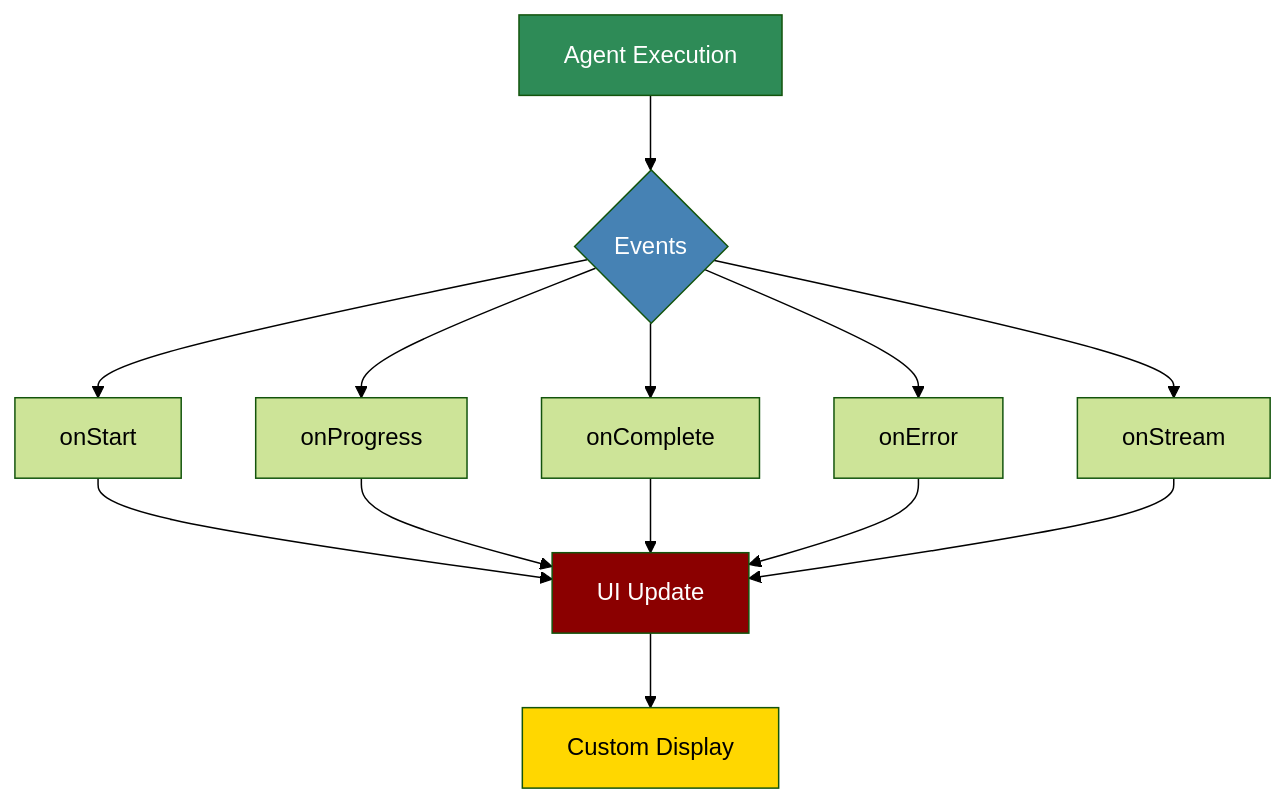
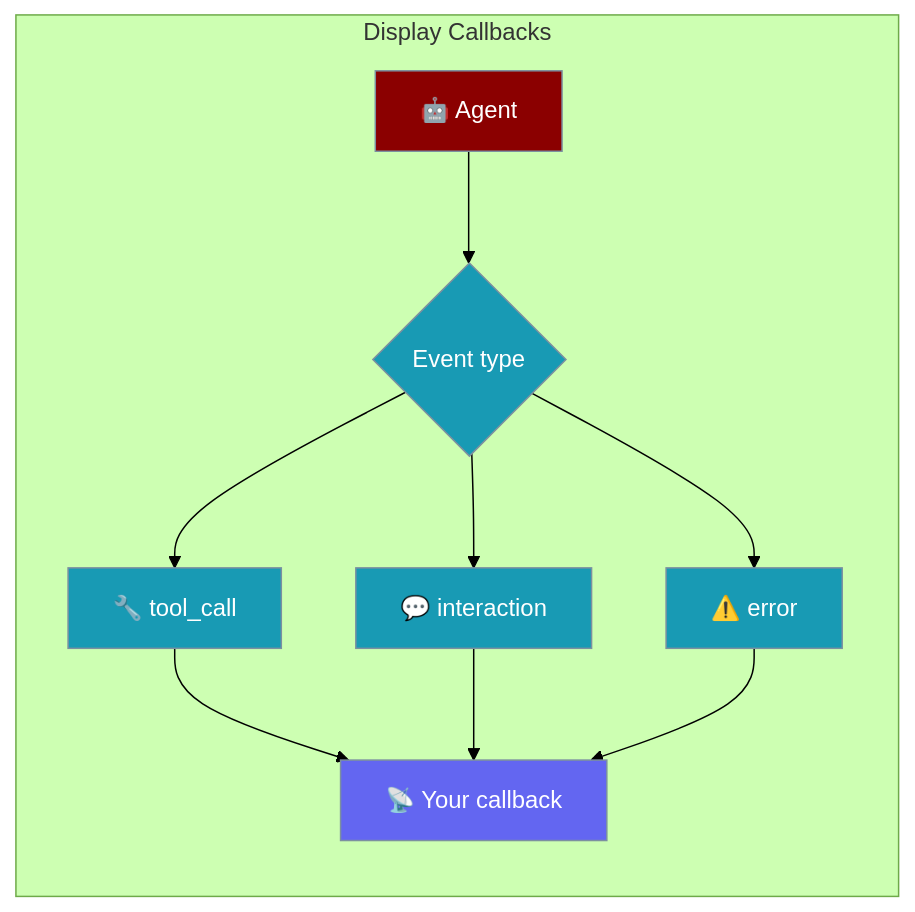
Before and after one commit to MervinPraison/PraisonAIDocs: the diagram in docs/features/display-callbacks.mdx, drawn with Mermaid (forest theme). The commit also changed other lines of this file and 4 other files, not shown here.

````diff
--- a/docs/features/display-callbacks.mdx
+++ b/docs/features/display-callbacks.mdx
@@ -7,22 +10,20 @@
 ```mermaid
-flowchart TB
-    Agent[Agent Execution] --> Events{Events}
-    Events --> OnStart[onStart]
-    Events --> OnProgress[onProgress]
-    Events --> OnComplete[onComplete]
-    Events --> OnError[onError]
-    Events --> OnStream[onStream]
-    
-    OnStart --> UI[UI Update]
-    OnProgress --> UI
-    OnComplete --> UI
-    OnError --> UI
-    OnStream --> UI
-    
-    UI --> Display[Custom Display]
-    
-    style Agent fill:#2E8B57,color:#fff
-    style Events fill:#4682B4,color:#fff
-    style UI fill:#8B0000,color:#fff
-    style Display fill:#FFD700,color:#000
+graph LR
+    subgraph "Display Callbacks"
+        Agent[🤖 Agent] --> Event{Event type}
+        Event --> Tool[🔧 tool_call]
+        Event --> LLM[💬 interaction]
+        Event --> Err[⚠️ error]
+        Tool --> CB[📡 Your callback]
+        LLM --> CB
+        Err --> CB
+    end
+
+    classDef agent fill:#8B0000,stroke:#7C90A0,color:#fff
+    classDef process fill:#189AB4,stroke:#7C90A0,color:#fff
+    classDef callback fill:#6366F1,stroke:#7C90A0,color:#fff
+
+    class Agent agent
+    class Event,Tool,LLM,Err process
+    class CB callback
 ```
````
